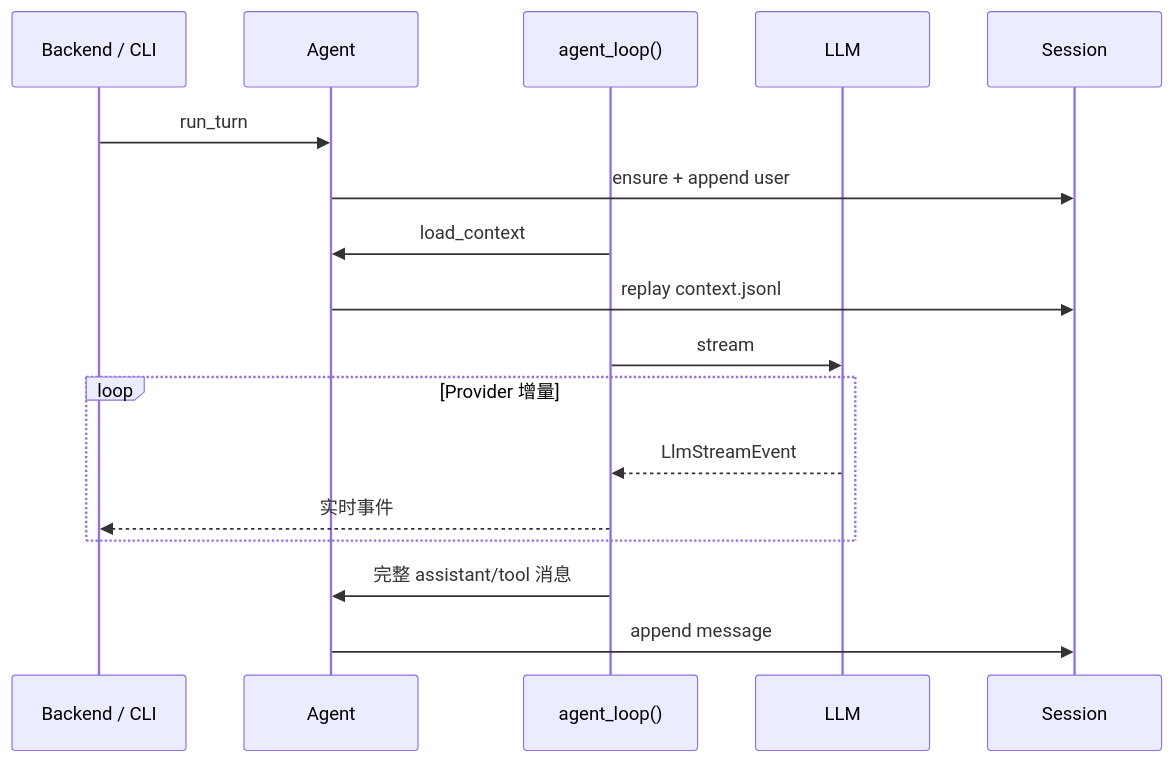
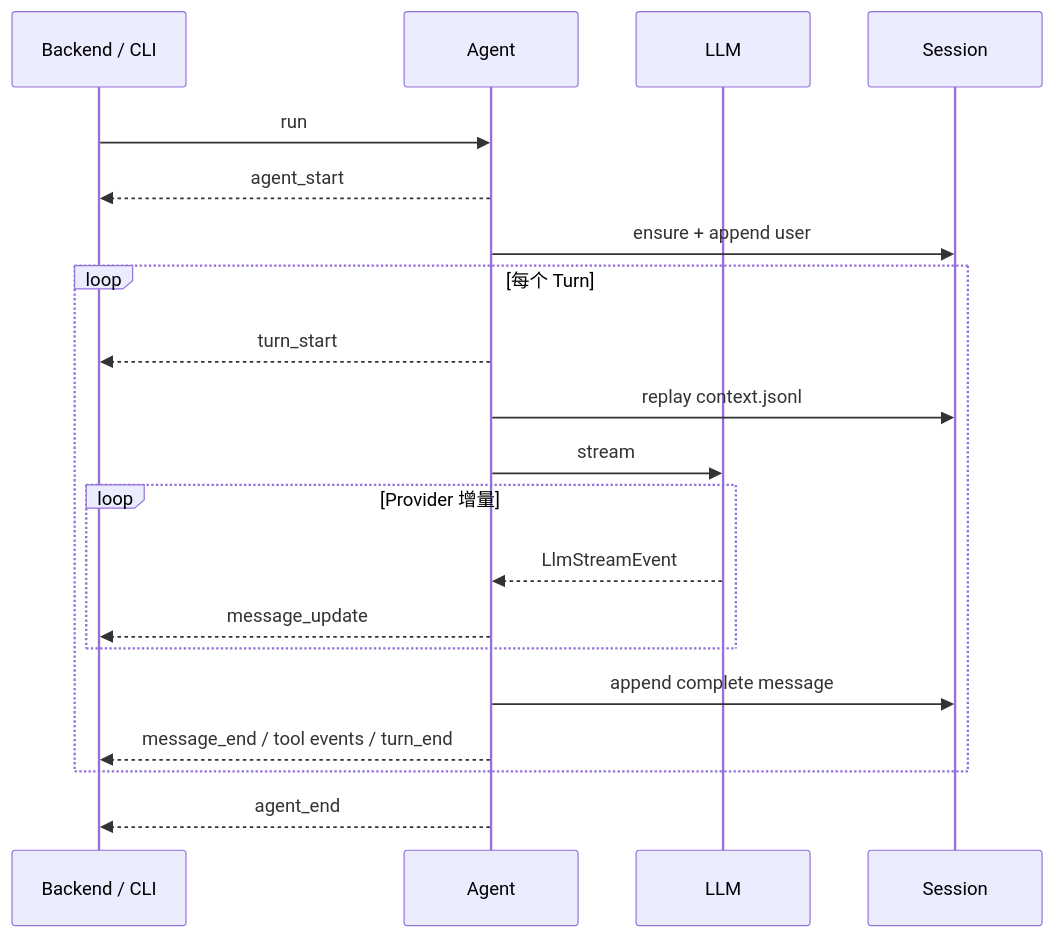
One commit to Camelovee/Camel-Harness changed the second of 2 diagrams in docs/项目架构.md. Above: the diagram before and after it, drawn with Mermaid. The commit also changed other lines of this file and 48 other files, not shown here.

````diff
--- a/docs/项目架构.md
+++ b/docs/项目架构.md
@@ -131,20 +121,23 @@
 ```mermaid
 sequenceDiagram
     participant U as Backend / CLI
     participant A as Agent
-    participant L as agent_loop()
     participant M as LLM
     participant S as Session
 
-    U->>A: run_turn
+    U->>A: run
+    A-->>U: agent_start
     A->>S: ensure + append user
-    L->>A: load_context
-    A->>S: replay context.jsonl
-    L->>M: stream
-    loop Provider 增量
-        M-->>L: LlmStreamEvent
-        L-->>U: 实时事件
+    loop 每个 Turn
+        A-->>U: turn_start
+        A->>S: replay context.jsonl
+        A->>M: stream
+        loop Provider 增量
+            M-->>A: LlmStreamEvent
+            A-->>U: message_update
+        end
+        A->>S: append complete message
+        A-->>U: message_end / tool events / turn_end
     end
-    L->>A: 完整 assistant/tool 消息
-    A->>S: append message
+    A-->>U: agent_end
 ```
````
